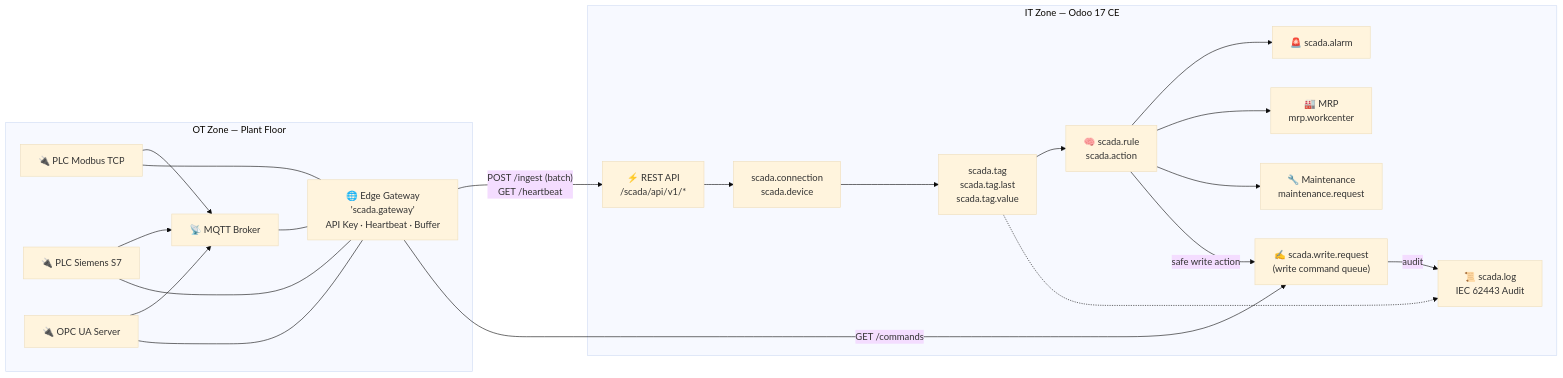
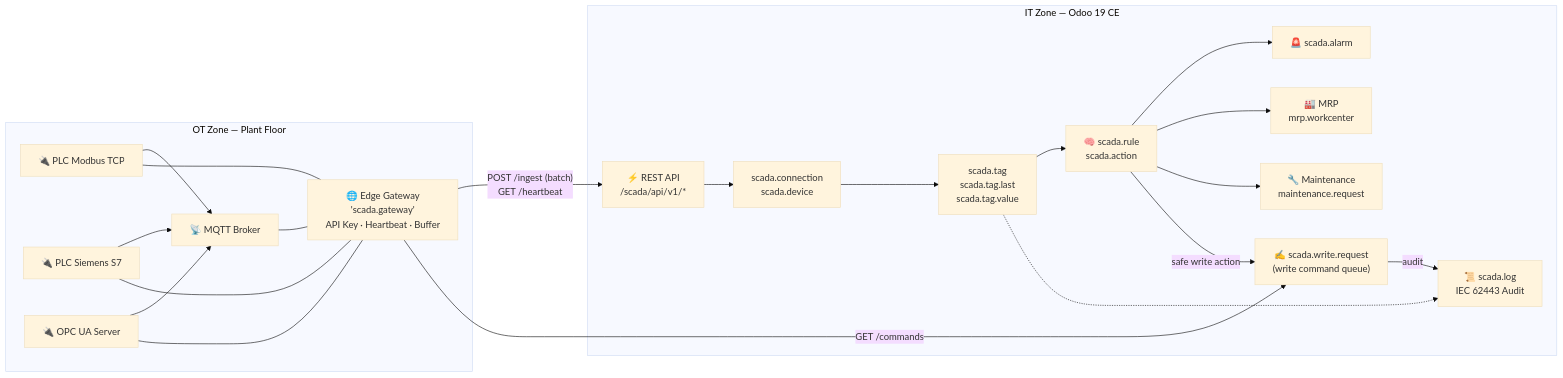
The first of 2 diagrams in scada_plc_connector/README.md (azazil-dev/odoo-scada-plc-connector), drawn with Mermaid (base theme) before and after one commit. The commit also changed other lines of this file and 2 other files, not shown here.

Commit message:
update index.html dan sinkronisasi scada_plc_connector untuk Odoo 19

````diff
--- a/scada_plc_connector/README.md
+++ b/scada_plc_connector/README.md
@@ -71,35 +71,35 @@
 ```mermaid
 flowchart LR
     subgraph OT[" OT Zone — Plant Floor "]
         PLC1["🔌 PLC Modbus TCP"]
         PLC2["🔌 PLC Siemens S7"]
         PLC3["🔌 OPC UA Server"]
         BROKER["📡 MQTT Broker"]
         GW["🌐 Edge Gateway<br/>'scada.gateway'<br/>API Key · Heartbeat · Buffer"]
     end
 
-    subgraph ODOO[" IT Zone — Odoo 17 CE "]
+    subgraph ODOO[" IT Zone — Odoo 19 CE "]
         API["⚡ REST API<br/>/scada/api/v1/*"]
         CONN["scada.connection<br/>scada.device"]
         TAG["scada.tag<br/>scada.tag.last<br/>scada.tag.value"]
         RULE["🧠 scada.rule<br/>scada.action"]
         ALARM["🚨 scada.alarm"]
         WRITE["✍️ scada.write.request<br/>(write command queue)"]
         AUDIT["📜 scada.log<br/>IEC 62443 Audit"]
         MRP["🏭 MRP<br/>mrp.workcenter"]
         MAINT["🔧 Maintenance<br/>maintenance.request"]
     end
 
     PLC1 & PLC2 & PLC3 --> BROKER
     PLC1 & PLC2 & PLC3 --- GW
     BROKER --- GW
     GW -- "POST /ingest (batch)<br/>GET /heartbeat" --> API
     GW -- "GET /commands" --> WRITE
     API --> CONN --> TAG
     TAG --> RULE --> ALARM
     RULE --> MRP
     RULE --> MAINT
     RULE -- "safe write action" --> WRITE
     WRITE -- "audit" --> AUDIT
     TAG -.-> AUDIT
 ```
````
